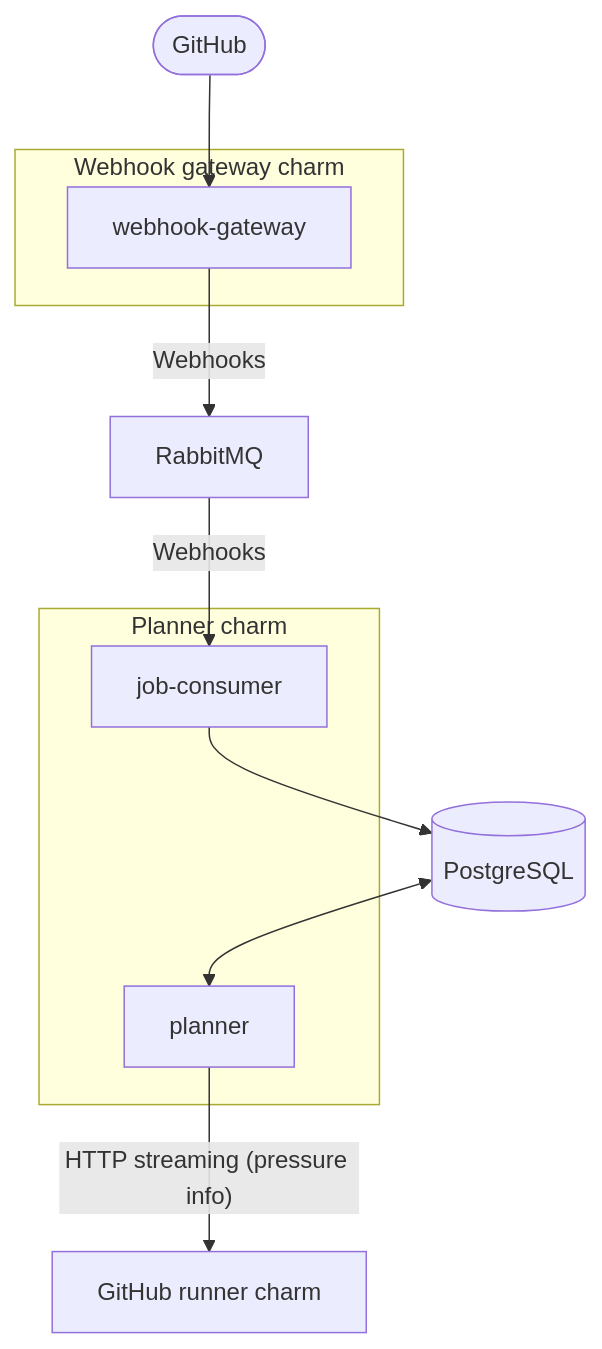
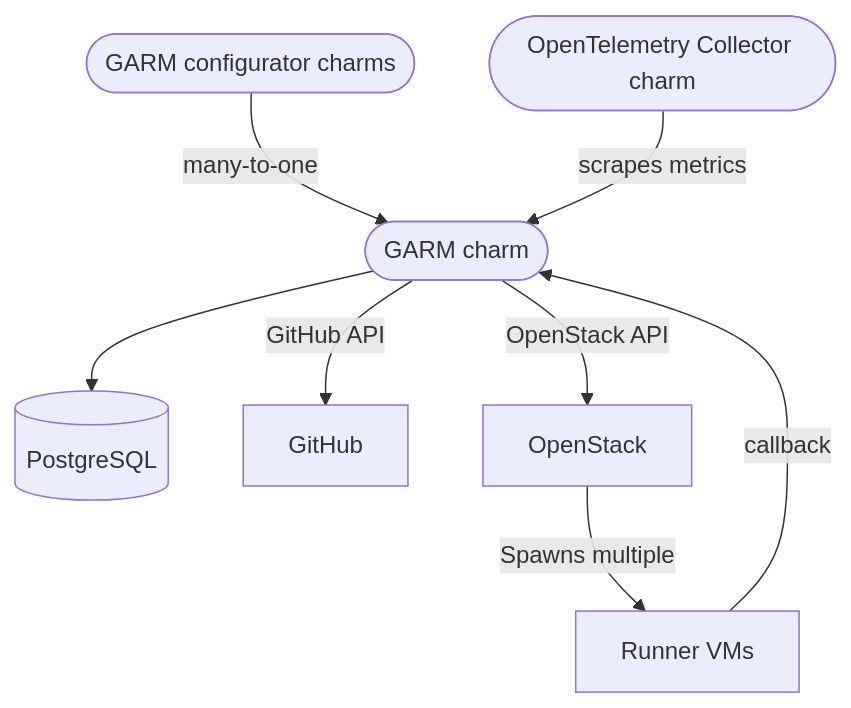
One commit to canonical/github-runner-operators changed the diagram in docs/reference/architecture.md. Above: the diagram before and after it, drawn with Mermaid. The commit also changed other lines of this file, not shown here.

Commit message:
Update the architecture docs according to GARM

````diff
--- a/docs/reference/architecture.md
+++ b/docs/reference/architecture.md
@@ -9,22 +7,10 @@
 ```mermaid
 flowchart TD
-  GH(["GitHub"]) --> WG_WEBHOOK["webhook-gateway"]
-
-  subgraph WG["Webhook gateway charm"]
-    WG_WEBHOOK
-  end
-
-  WG_WEBHOOK -->|Webhooks| MQ["RabbitMQ"]
-
-  subgraph PL["Planner charm"]
-    PL_CONSUMER["job-consumer"]
-    PL_API["planner"]
-  end
-
-  MQ -->|Webhooks| PL_CONSUMER
-
-  PL_CONSUMER --> PG[(PostgreSQL)]
-  PG <--> PL_API
-
-  PL_API -->|"HTTP streaming (pressure info)"| GR["GitHub runner charm"]
+  G(["GARM charm"]) --> PG[("PostgreSQL")]
+  GC(["GARM configurator charms"]) -->|many-to-one| G
+  G -->|GitHub API| GH["GitHub"]
+  G -->|OpenStack API| OS["OpenStack"]
+  OS -->|Spawns multiple| RUN["Runner VMs"]
+  RUN -->|callback| G
+  COS(["OpenTelemetry Collector charm"]) -->|scrapes metrics| G
 ```
````
